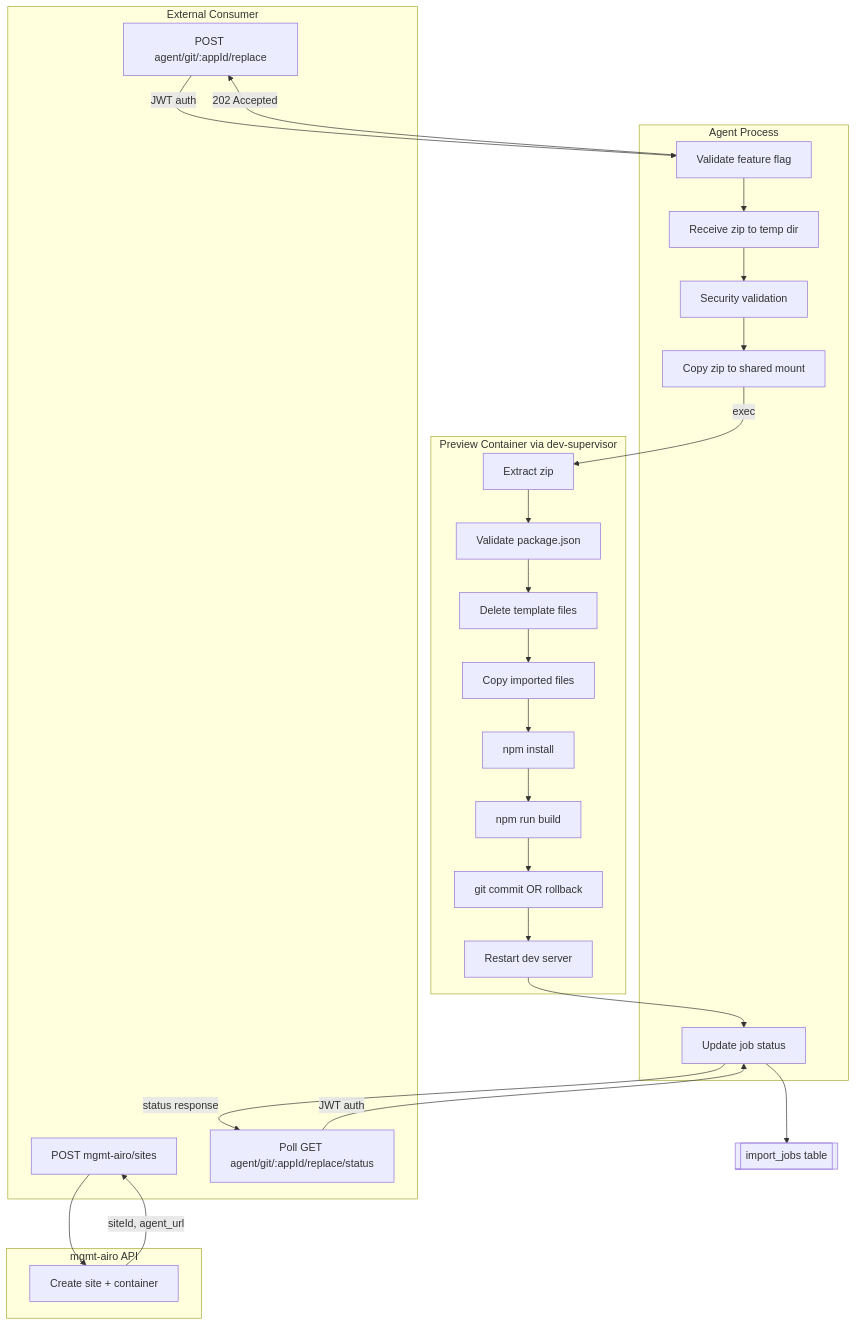
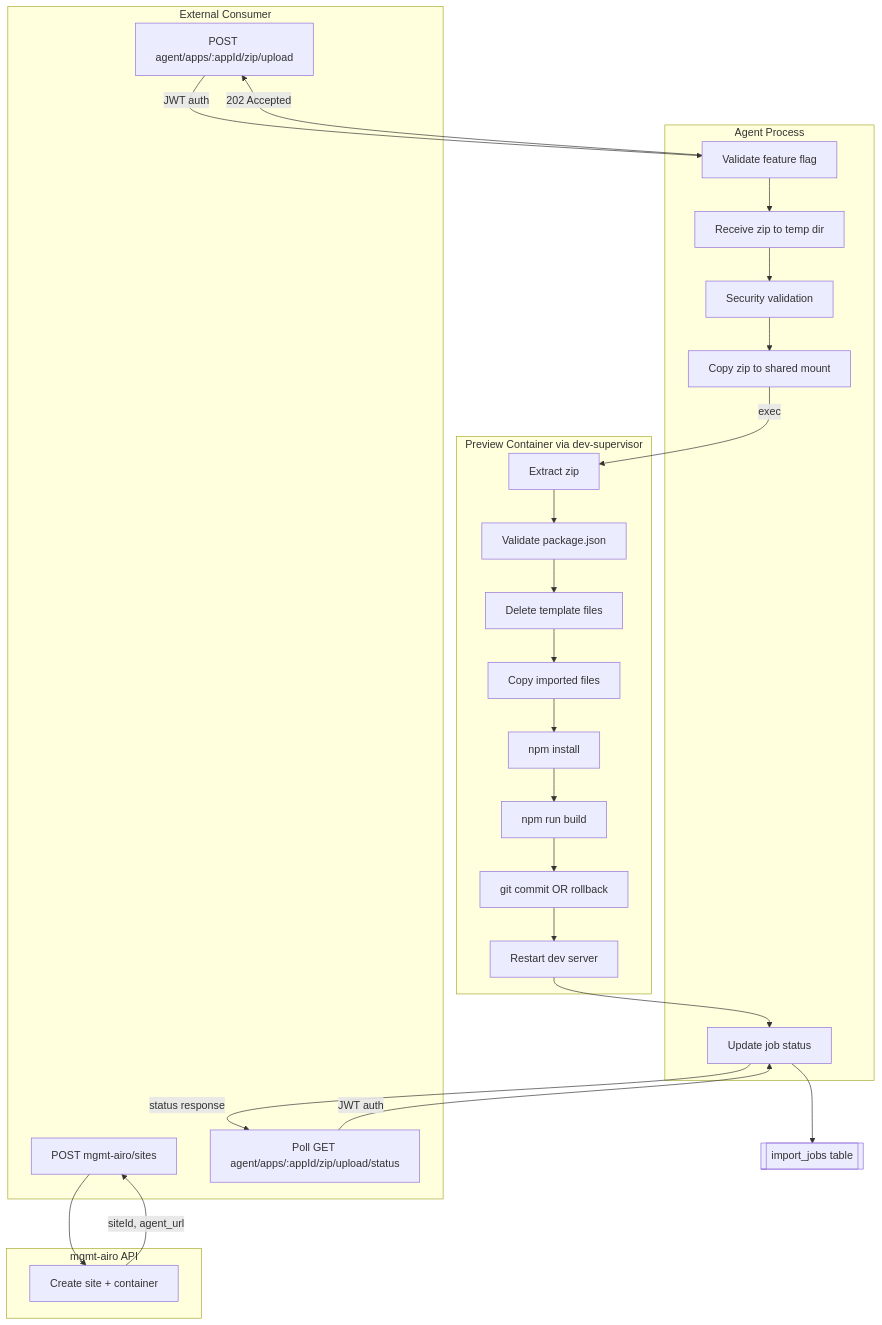
One commit to hsharif-godaddy/hackathon2026 changed the first of 2 diagrams in docs/paas/zip-import-architecture.md. Above: the diagram before and after it, drawn with Mermaid. The commit also changed other lines of this file and 6 other files, not shown here.

First line of the commit message:
Clean up old URL and migrated to dedicated zip-import flow. (#1781)

````diff
--- a/docs/paas/zip-import-architecture.md
+++ b/docs/paas/zip-import-architecture.md
@@ -9,56 +9,56 @@
 ```mermaid
 flowchart TB
     subgraph Consumer["External Consumer"]
         C0[POST mgmt-airo/sites]
-        C1[POST agent/git/:appId/replace]
-        C2[Poll GET agent/git/:appId/replace/status]
+        C1[POST agent/apps/:appId/zip/upload]
+        C2[Poll GET agent/apps/:appId/zip/upload/status]
     end
 
     subgraph Mgmt["mgmt-airo API"]
         M1[Create site + container]
     end
 
     subgraph Agent["Agent Process"]
         AG0[Validate feature flag]
         AG1[Receive zip to temp dir]
         AG2[Security validation]
         AG3[Copy zip to shared mount]
         AG8[Update job status]
     end
 
     subgraph Container["Preview Container via dev-supervisor"]
         CT1[Extract zip]
         CT2[Validate package.json]
         CT3[Delete template files]
         CT4[Copy imported files]
         CT5[npm install]
         CT6[npm run build]
         CT7[git commit OR rollback]
         CT8[Restart dev server]
     end
 
     DB1[[import_jobs table]]
 
     C0 --> M1
     M1 -->|siteId, agent_url| C0
 
     C1 -->|JWT auth| AG0
     AG0 --> AG1
     AG1 --> AG2
     AG2 --> AG3
     AG3 -->|exec| CT1
     CT1 --> CT2
     CT2 --> CT3
     CT3 --> CT4
     CT4 --> CT5
     CT5 --> CT6
     CT6 --> CT7
     CT7 --> CT8
     CT8 --> AG8
     AG8 --> DB1
 
     AG0 -->|202 Accepted| C1
 
     C2 -->|JWT auth| AG8
     AG8 -->|status response| C2
 ```
````
